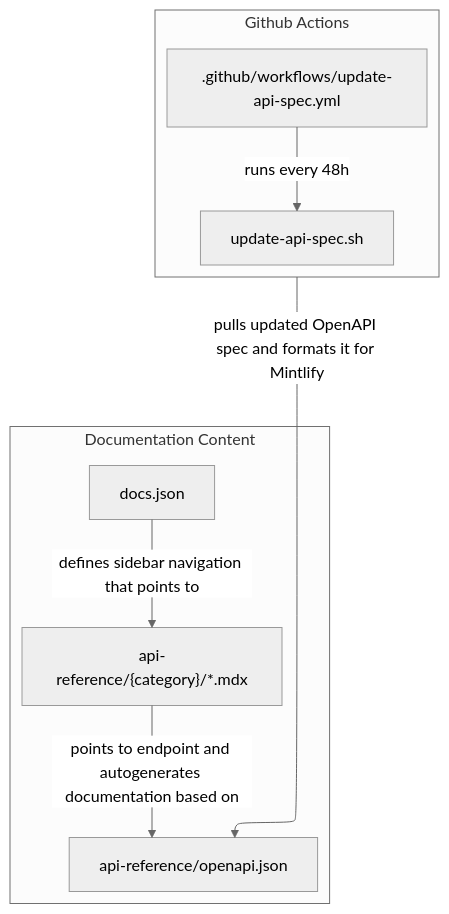
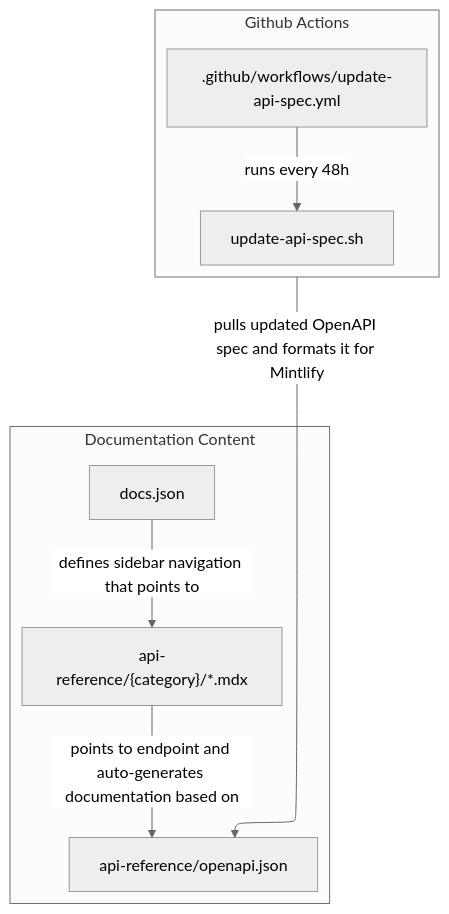
One commit to checkly/docs changed the diagram in API-DOCUMENTATION.md. Above: the diagram before and after it, drawn with Mermaid (neutral theme). The commit also changed other lines of this file and 2 other files, not shown here.

````diff
--- a/API-DOCUMENTATION.md
+++ b/API-DOCUMENTATION.md
@@ -5,24 +5,24 @@
 ```mermaid
 ---
 config:
   flowchart:
     defaultRenderer: "elk"
 ---
 flowchart TD
     docs_json["docs.json"]
     mdx_pages["api-reference/{category}/*.mdx"]
     openapi["api-reference/openapi.json"]
     workflow[".github/workflows/update-api-spec.yml"]
     script["update-api-spec.sh"]
 
     subgraph ci["Github Actions"]
         workflow -->|"runs every 48h"| script
     end
 
     subgraph docs["Documentation Content"]
         docs_json -->|"defines sidebar navigation that points to"| mdx_pages
-    mdx_pages -->|"points to endpoint and autogenerates documentation based on"| openapi
+    mdx_pages -->|"points to endpoint and auto-generates documentation based on"| openapi
     end
     
     ci -->|"pulls updated OpenAPI spec and formats it for Mintlify"| openapi
 ```
````
